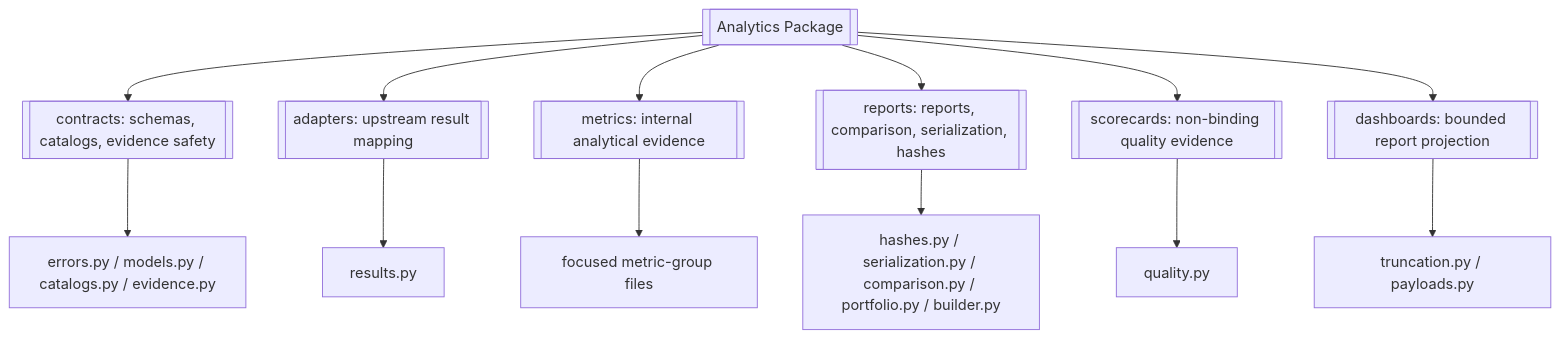
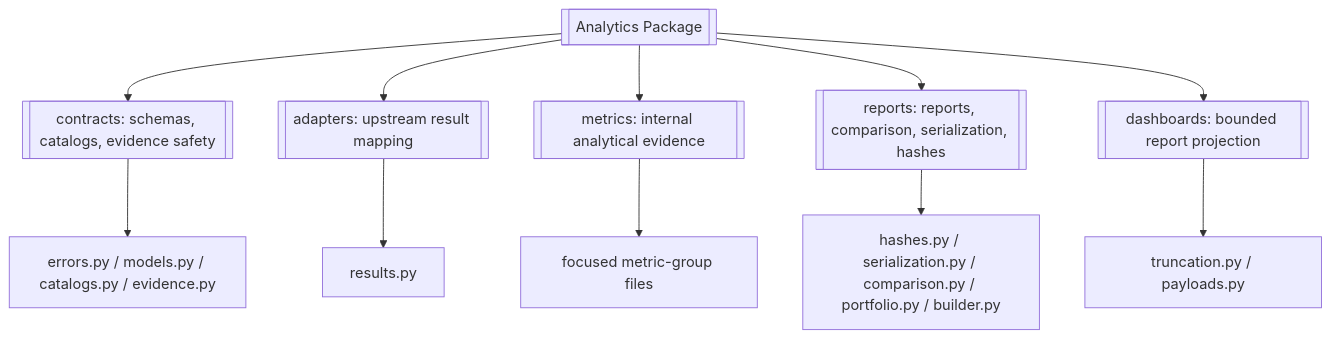
One commit to haruperi/HaruQuantAI changed the first of 3 diagrams in app/services/analytics/README.md. Above: the diagram before and after it, drawn with Mermaid. The commit also changed other lines of this file and 434 other files, not shown here.

````diff
--- a/app/services/analytics/README.md
+++ b/app/services/analytics/README.md
@@ -144,17 +142,15 @@
 ```mermaid
 flowchart TD
     ANA[[Analytics Package]]
     ANA --> CON[[contracts: schemas, catalogs, evidence safety]]
     ANA --> ADP[[adapters: upstream result mapping]]
     ANA --> MET[[metrics: internal analytical evidence]]
     ANA --> REP[[reports: reports, comparison, serialization, hashes]]
-    ANA --> SCO[[scorecards: non-binding quality evidence]]
     ANA --> DAS[[dashboards: bounded report projection]]
 
     CON --> CONF[errors.py / models.py / catalogs.py / evidence.py]
     ADP --> ADPF[results.py]
     MET --> METF[focused metric-group files]
     REP --> REPF[hashes.py / serialization.py / comparison.py / portfolio.py / builder.py]
-    SCO --> SCOF[quality.py]
     DAS --> DASF[truncation.py / payloads.py]
 ```
````
